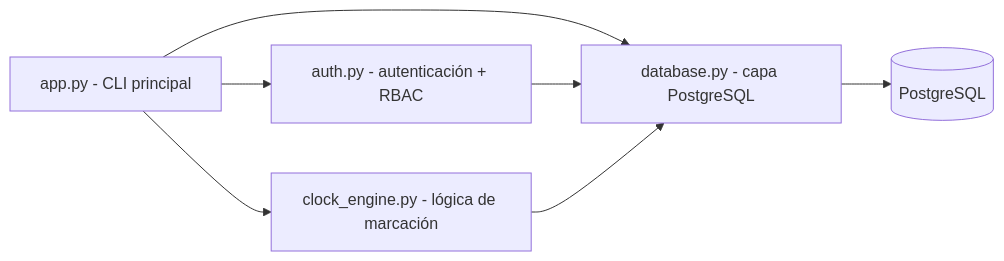
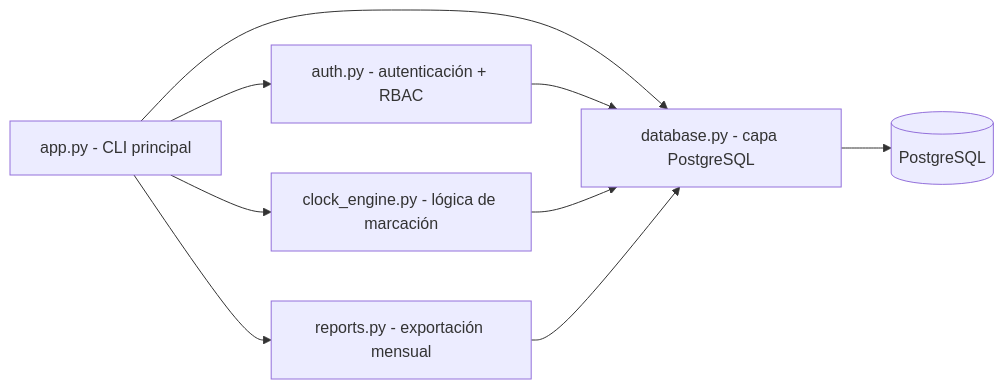
Before and after one commit to nandres/sistema-marcacion-empresarial: the diagram in Sistema de Marcacion/Ecosistema Sistema de Marcación.md, drawn with Mermaid. The commit also changed other lines of this file and 11 other files, not shown here.

````diff
--- a/Sistema de Marcacion/Ecosistema Sistema de Marcación.md
+++ b/Sistema de Marcacion/Ecosistema Sistema de Marcación.md
@@ -7,9 +7,11 @@
 ```mermaid
 flowchart LR
     CLI[app.py - CLI principal] --> DB[database.py - capa PostgreSQL]
     CLI --> AUTH[auth.py - autenticación + RBAC]
     CLI --> ENG[clock_engine.py - lógica de marcación]
+    CLI --> REP[reports.py - exportación mensual]
     AUTH --> DB
     ENG --> DB
+    REP --> DB
     DB --> PG[(PostgreSQL)]
 ```
````
